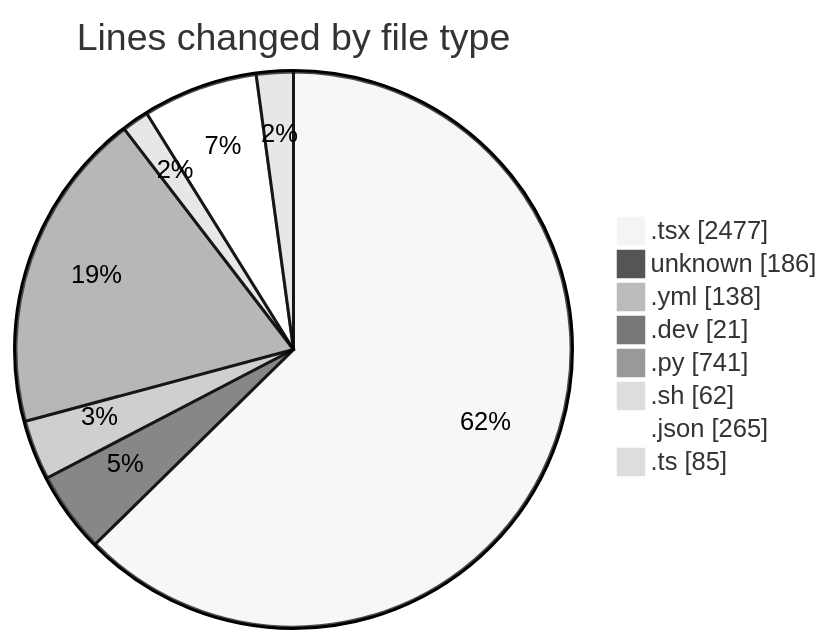
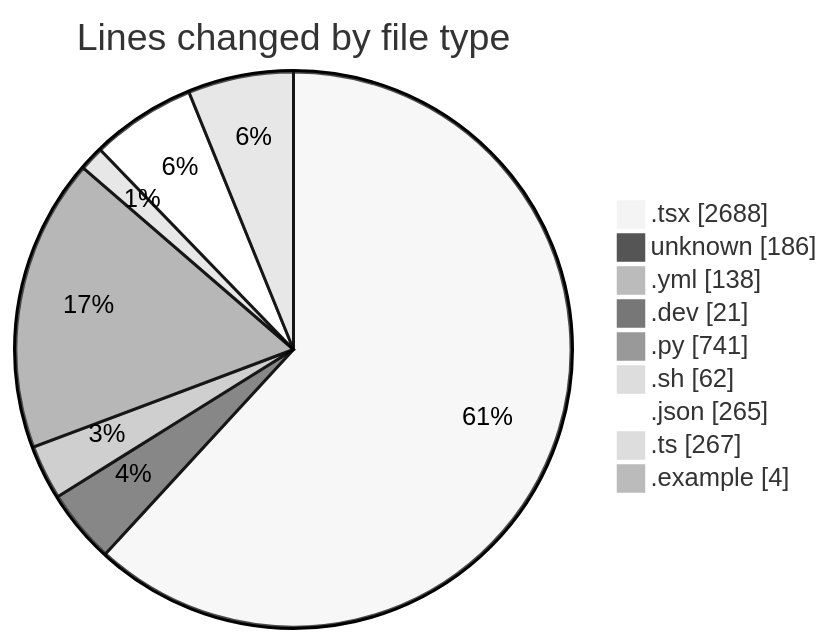
The first of 2 diagrams in 2025-05-18/niten/README.md (Elitesun/code-tracking), drawn with Mermaid (neutral theme) before and after one commit. The commit also changed other lines of this file and 1 other file, not shown here.

````diff
--- a/2025-05-18/niten/README.md
+++ b/2025-05-18/niten/README.md
@@ -45,12 +50,13 @@
 ```mermaid
 pie showData
 title Lines changed by file type
-".tsx" : 2477
+".tsx" : 2688
 "unknown" : 186
 ".yml" : 138
 ".dev" : 21
 ".py" : 741
 ".sh" : 62
 ".json" : 265
-".ts" : 85
+".ts" : 267
+".example" : 4
 ```
````
